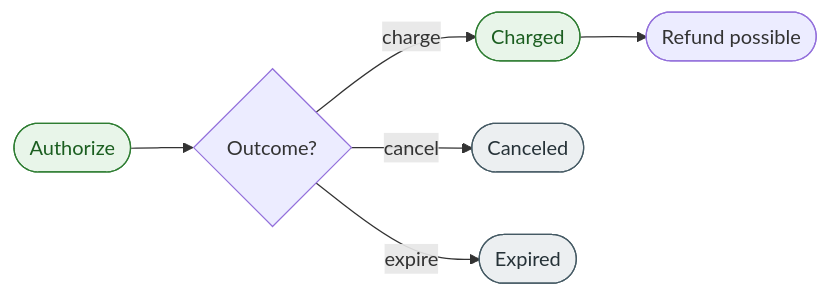
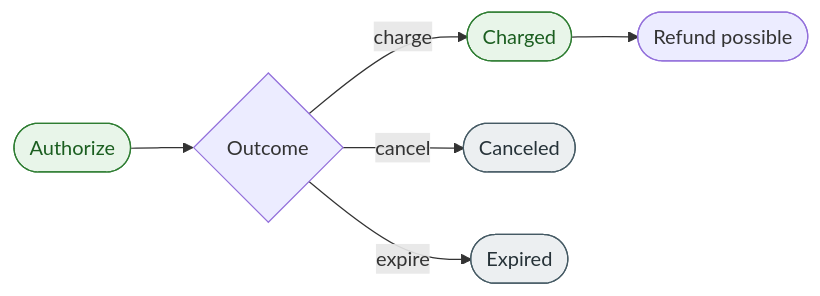
Before and after one commit to nelly-welly/sample-test: the diagram in docs/concept-topics/authorize-overview.md, drawn with Mermaid. The commit also changed other lines of this file and 4 other files, not shown here.

````diff
--- a/docs/concept-topics/authorize-overview.md
+++ b/docs/concept-topics/authorize-overview.md
@@ -34,13 +34,13 @@
 ```mermaid
 flowchart LR
-    A([Authorize]) --> B{Outcome?}
+    A([Authorize]) --> B{Outcome}
     B -- charge --> C([Charged])
     B -- cancel --> X([Canceled])
     B -- expire --> Y([Expired])
     C --> D([Refund possible])
 
     classDef terminal fill:#eceff1,stroke:#455a64,color:#263238
     classDef money fill:#e8f5e9,stroke:#2e7d32,color:#1b5e20
     class X,Y terminal
     class A,C money
 ```
````
